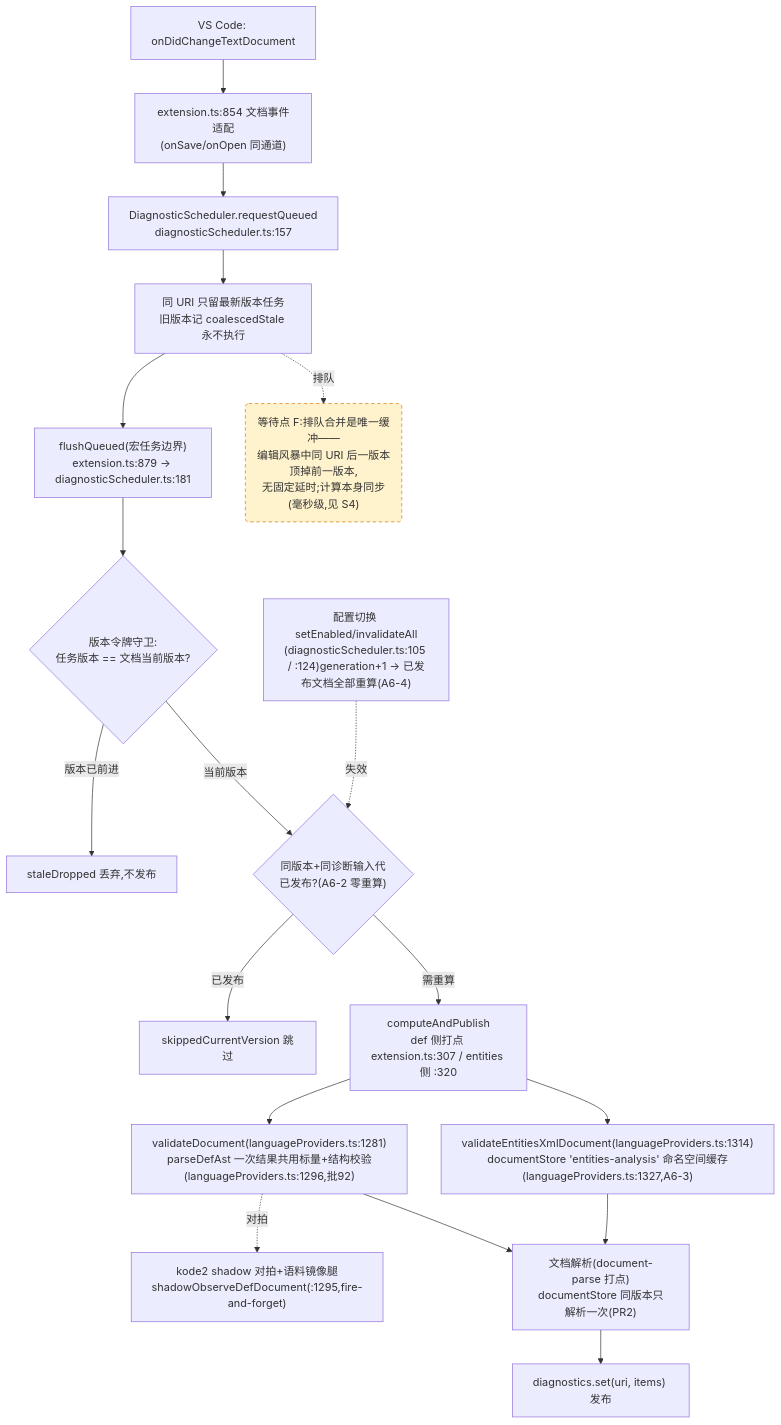
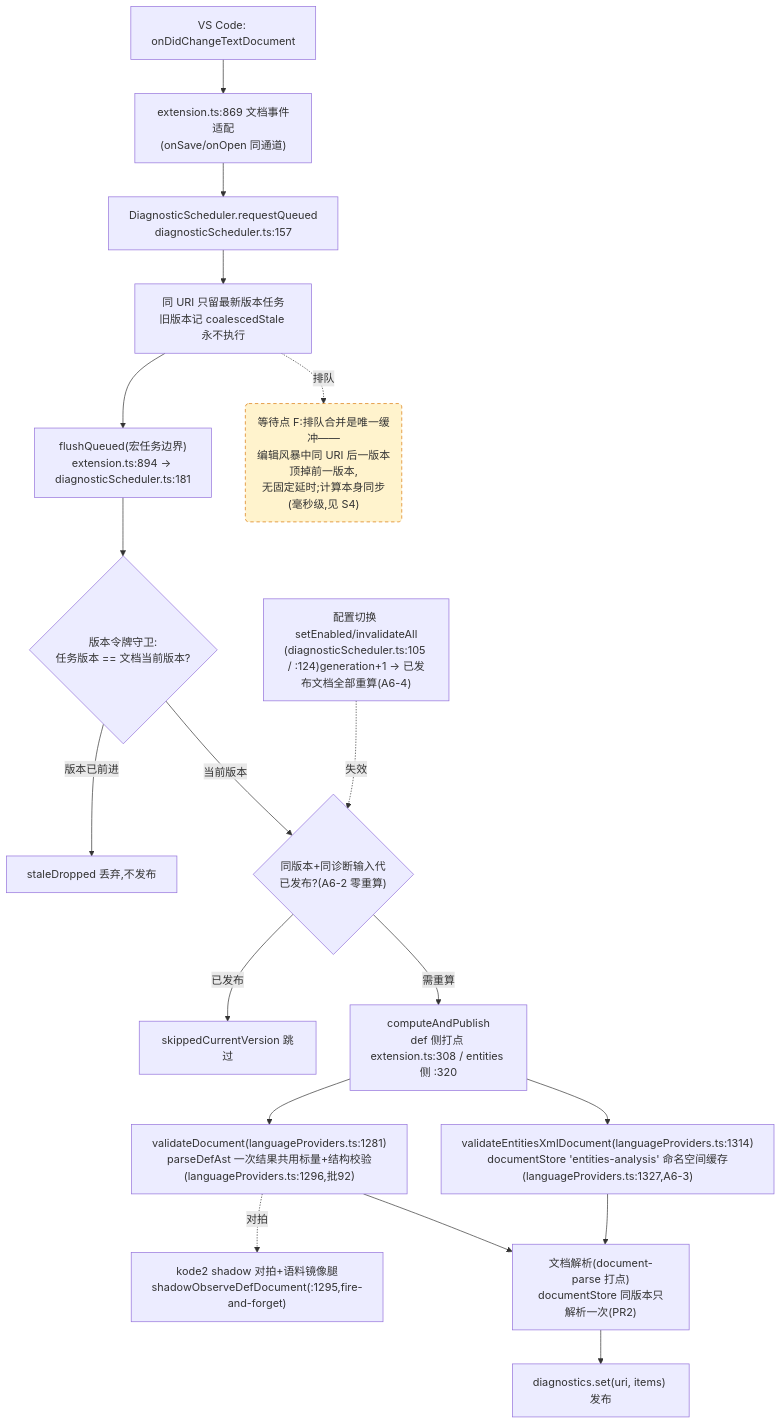
One commit to cuihairu/kode changed the fourth of 4 diagrams in docs/perf/2026-baseline.md. Above: the diagram before and after it, drawn with Mermaid. The commit also changed other lines of this file and 5 other files, not shown here.

````diff
--- a/docs/perf/2026-baseline.md
+++ b/docs/perf/2026-baseline.md
@@ -214,38 +214,38 @@
 ```mermaid
 flowchart TD
   CHG["VS Code: onDidChangeTextDocument"]
-  WATCH["extension.ts:854 文档事件适配<br/>(onSave/onOpen 同通道)"]
+  WATCH["extension.ts:869 文档事件适配<br/>(onSave/onOpen 同通道)"]
   RQ["DiagnosticScheduler.requestQueued<br/>diagnosticScheduler.ts:157"]
   CO["同 URI 只留最新版本任务<br/>旧版本记 coalescedStale 永不执行"]
-  FL["flushQueued(宏任务边界)<br/>extension.ts:879 → diagnosticScheduler.ts:181"]
+  FL["flushQueued(宏任务边界)<br/>extension.ts:894 → diagnosticScheduler.ts:181"]
   VG{"版本令牌守卫:<br/>任务版本 == 文档当前版本?"}
   DROP["staleDropped 丢弃,不发布"]
   GEN{"同版本+同诊断输入代<br/>已发布?(A6-2 零重算)"}
   SKIP["skippedCurrentVersion 跳过"]
-  CALC["computeAndPublish<br/>def 侧打点 extension.ts:307 / entities 侧 :320"]
+  CALC["computeAndPublish<br/>def 侧打点 extension.ts:308 / entities 侧 :320"]
   VD["validateDocument(languageProviders.ts:1281)<br/>parseDefAst 一次结果共用标量+结构校验(languageProviders.ts:1296,批92)"]
   VEX["validateEntitiesXmlDocument(languageProviders.ts:1314)<br/>documentStore 'entities-analysis' 命名空间缓存(languageProviders.ts:1327,A6-3)"]
   SHDD["kode2 shadow 对拍+语料镜像腿<br/>shadowObserveDefDocument(:1295,fire-and-forget)"]
   DS["文档解析(document-parse 打点)<br/>documentStore 同版本只解析一次(PR2)"]
   PUB["diagnostics.set(uri, items) 发布"]
   CFG2["配置切换 setEnabled/invalidateAll<br/>(diagnosticScheduler.ts:105 / :124)generation+1 → 已发布文档全部重算(A6-4)"]
 
   CHG --> WATCH --> RQ --> CO --> FL --> VG
   VG -- "版本已前进" --> DROP
   VG -- "当前版本" --> GEN
   GEN -- "已发布" --> SKIP
   GEN -- "需重算" --> CALC
   CALC --> VD
   CALC --> VEX
   VD --> DS
   VEX --> DS
   DS --> PUB
   VD -.->|对拍| SHDD
   CFG2 -.->|失效| GEN
 
   WAITF("等待点 F:排队合并是唯一缓冲——<br/>编辑风暴中同 URI 后一版本顶掉前一版本,<br/>无固定延时;计算本身同步(毫秒级,见 S4)")
   CO -.->|排队| WAITF
 
   classDef waitPoint fill:#fff3cd,stroke:#d97706,stroke-dasharray:5 4;
   class WAITF waitPoint;
 ```
````
